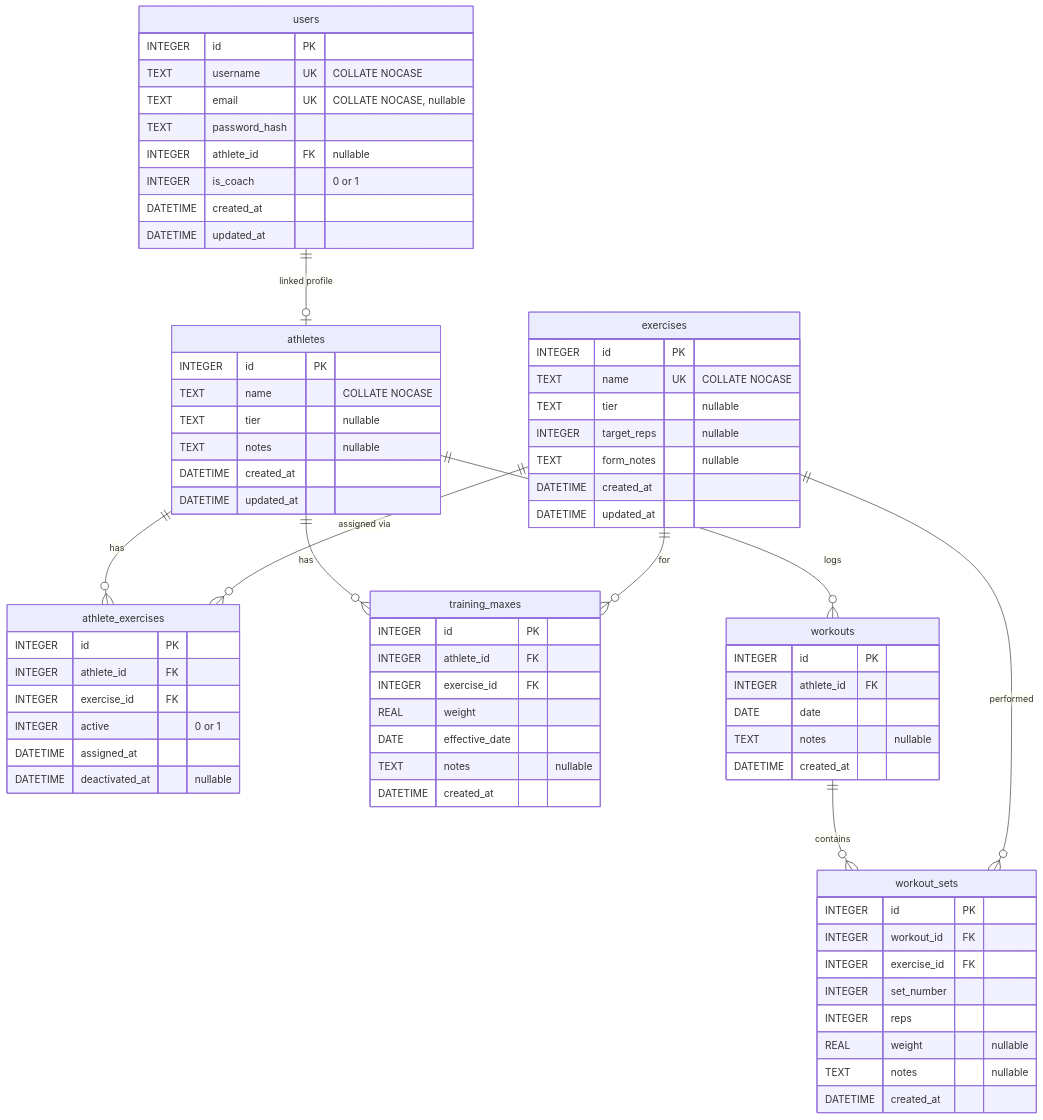
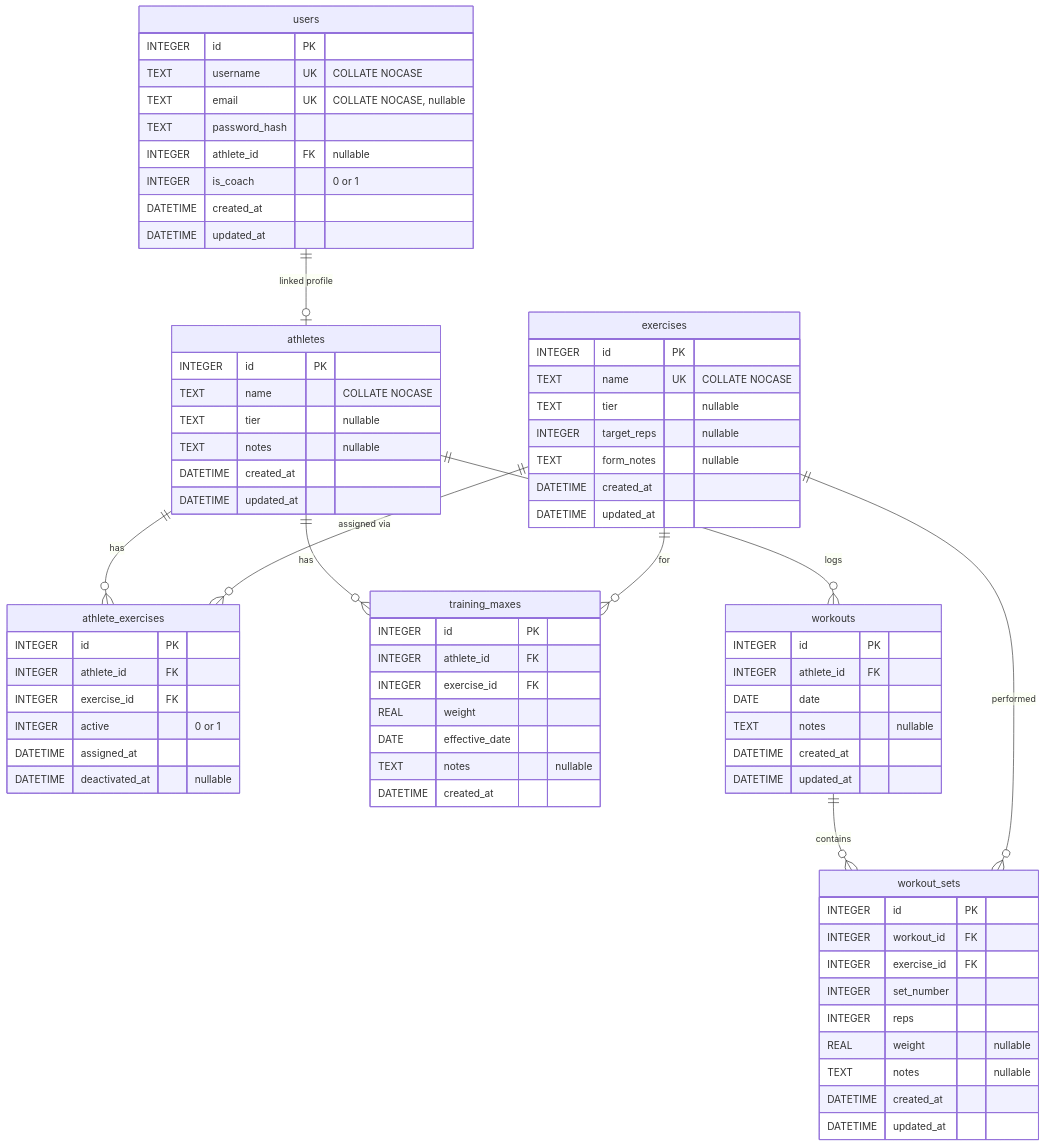
One commit to carpenike/replog changed the diagram in docs/data-model.md. Above: the diagram before and after it, drawn with Mermaid. The commit also changed other lines of this file and 10 other files, not shown here.

````diff
--- a/docs/data-model.md
+++ b/docs/data-model.md
@@ -33,79 +33,81 @@
 ```mermaid
 erDiagram
     users {
         INTEGER id PK
         TEXT username UK "COLLATE NOCASE"
         TEXT email UK "COLLATE NOCASE, nullable"
         TEXT password_hash
         INTEGER athlete_id FK "nullable"
         INTEGER is_coach "0 or 1"
         DATETIME created_at
         DATETIME updated_at
     }
 
     athletes {
         INTEGER id PK
         TEXT name "COLLATE NOCASE"
         TEXT tier "nullable"
         TEXT notes "nullable"
         DATETIME created_at
         DATETIME updated_at
     }
 
     exercises {
         INTEGER id PK
         TEXT name UK "COLLATE NOCASE"
         TEXT tier "nullable"
         INTEGER target_reps "nullable"
         TEXT form_notes "nullable"
         DATETIME created_at
         DATETIME updated_at
     }
 
     athlete_exercises {
         INTEGER id PK
         INTEGER athlete_id FK
         INTEGER exercise_id FK
         INTEGER active "0 or 1"
         DATETIME assigned_at
         DATETIME deactivated_at "nullable"
     }
 
     training_maxes {
         INTEGER id PK
         INTEGER athlete_id FK
         INTEGER exercise_id FK
         REAL weight
         DATE effective_date
         TEXT notes "nullable"
         DATETIME created_at
     }
 
     workouts {
         INTEGER id PK
         INTEGER athlete_id FK
         DATE date
         TEXT notes "nullable"
         DATETIME created_at
+        DATETIME updated_at
     }
 
     workout_sets {
         INTEGER id PK
         INTEGER workout_id FK
         INTEGER exercise_id FK
         INTEGER set_number
         INTEGER reps
         REAL weight "nullable"
         TEXT notes "nullable"
         DATETIME created_at
+        DATETIME updated_at
     }
 
     users ||--o| athletes : "linked profile"
     athletes ||--o{ athlete_exercises : "has"
     exercises ||--o{ athlete_exercises : "assigned via"
     athletes ||--o{ training_maxes : "has"
     exercises ||--o{ training_maxes : "for"
     athletes ||--o{ workouts : "logs"
     workouts ||--o{ workout_sets : "contains"
     exercises ||--o{ workout_sets : "performed"
 ```
````
